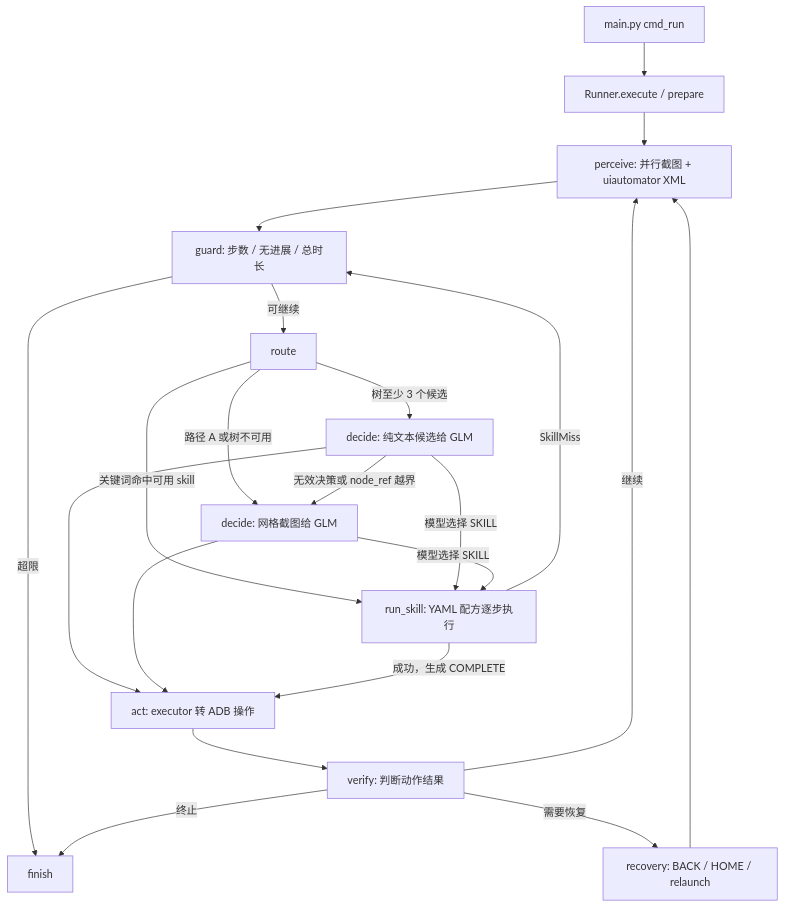
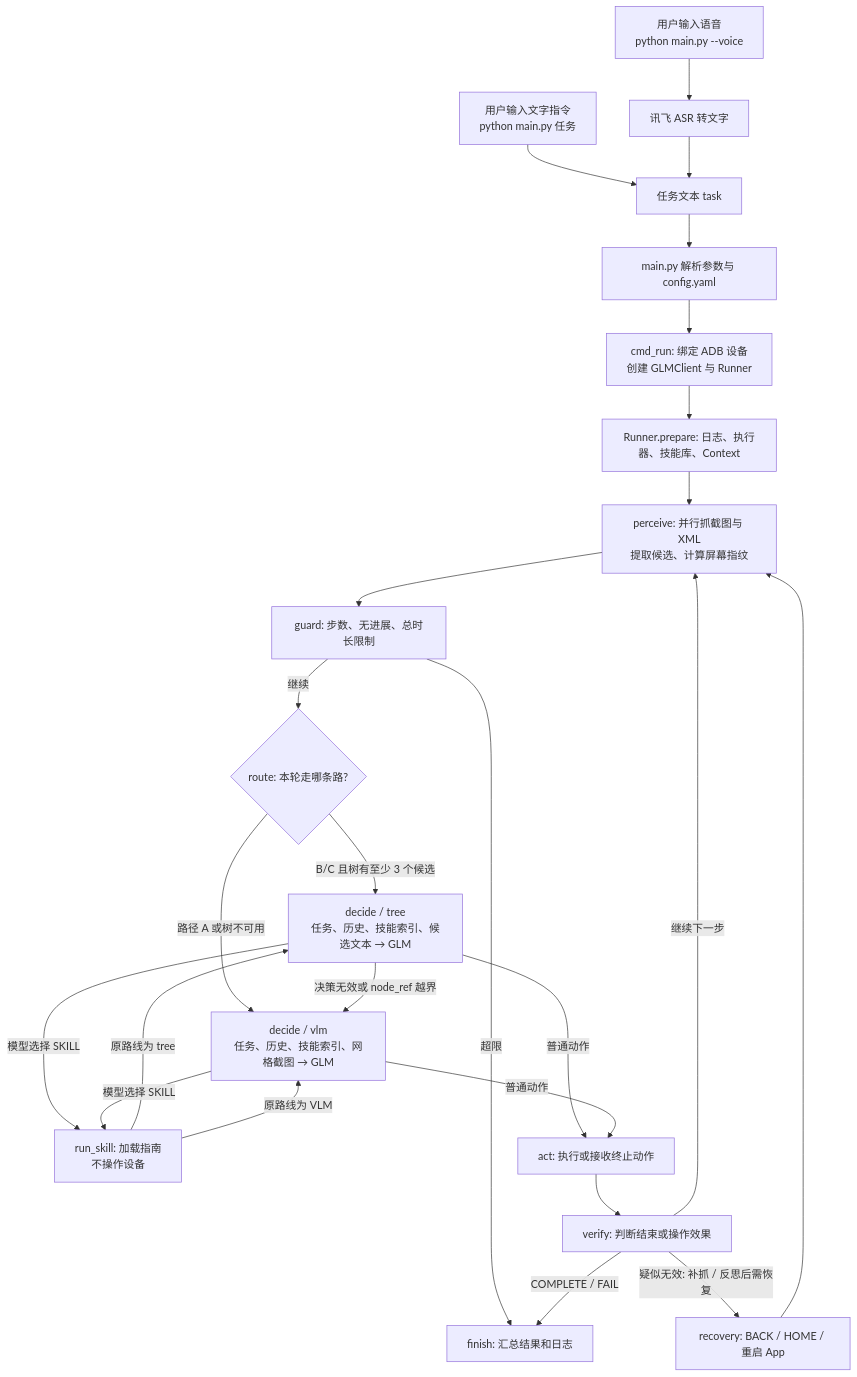
Before and after one commit to blossomF/AutomotiveGUI: the diagram in doc/代码流程与联调日志导读.md, drawn with Mermaid. The commit also changed other lines of this file and 21 other files, not shown here.

````diff
--- a/doc/代码流程与联调日志导读.md
+++ b/doc/代码流程与联调日志导读.md
@@ -9,23 +9,26 @@
 ```mermaid
 flowchart TD
-    A[main.py cmd_run] --> B[Runner.execute / prepare]
-    B --> C[perceive: 并行截图 + uiautomator XML]
-    C --> D[guard: 步数 / 无进展 / 总时长]
-    D -->|超限| Z[finish]
-    D -->|可继续| E[route]
-    E -->|关键词命中可用 skill| F[run_skill: YAML 配方逐步执行]
-    E -->|树至少 3 个候选| G[decide: 纯文本候选给 GLM]
-    E -->|路径 A 或树不可用| H[decide: 网格截图给 GLM]
-    G -->|无效决策或 node_ref 越界| H
-    G -->|模型选择 SKILL| F
-    H -->|模型选择 SKILL| F
-    G --> I[act: executor 转 ADB 操作]
-    H --> I
-    F -->|成功，生成 COMPLETE| I
-    F -->|SkillMiss| D
-    I --> J[verify: 判断动作结果]
-    J -->|终止| Z
-    J -->|继续| C
-    J -->|需要恢复| K[recovery: BACK / HOME / relaunch]
-    K --> C
+    TEXT["用户输入文字指令<br/>python main.py 任务"] --> TASK["任务文本 task"]
+    VOICE["用户输入语音<br/>python main.py --voice"] --> ASR["讯飞 ASR 转文字"] --> TASK
+    TASK --> CONFIG["main.py 解析参数与 config.yaml"]
+    CONFIG --> BIND["cmd_run: 绑定 ADB 设备<br/>创建 GLMClient 与 Runner"]
+    BIND --> PREP["Runner.prepare: 日志、执行器、技能库、Context"]
+    PREP --> OBS["perceive: 并行抓截图与 XML<br/>提取候选、计算屏幕指纹"]
+    OBS --> GUARD["guard: 步数、无进展、总时长限制"]
+    GUARD -->|超限| FINISH["finish: 汇总结果和日志"]
+    GUARD -->|继续| ROUTE{"route: 本轮走哪条路?"}
+    ROUTE -->|B/C 且树有至少 3 个候选| TREE["decide / tree<br/>任务、历史、技能索引、候选文本 → GLM"]
+    ROUTE -->|路径 A 或树不可用| VLM["decide / vlm<br/>任务、历史、技能索引、网格截图 → GLM"]
+    TREE -->|决策无效或 node_ref 越界| VLM
+    TREE -->|模型选择 SKILL| SKILL["run_skill: 加载指南<br/>不操作设备"]
+    VLM -->|模型选择 SKILL| SKILL
+    SKILL -->|原路线为 tree| TREE
+    SKILL -->|原路线为 VLM| VLM
+    TREE -->|普通动作| ACT["act: 执行或接收终止动作"]
+    VLM -->|普通动作| ACT
+    ACT --> VERIFY["verify: 判断结束或操作效果"]
+    VERIFY -->|COMPLETE / FAIL| FINISH
+    VERIFY -->|继续下一步| OBS
+    VERIFY -->|疑似无效: 补抓 / 反思后需恢复| RECOVERY["recovery: BACK / HOME / 重启 App"]
+    RECOVERY --> OBS
 ```
````
